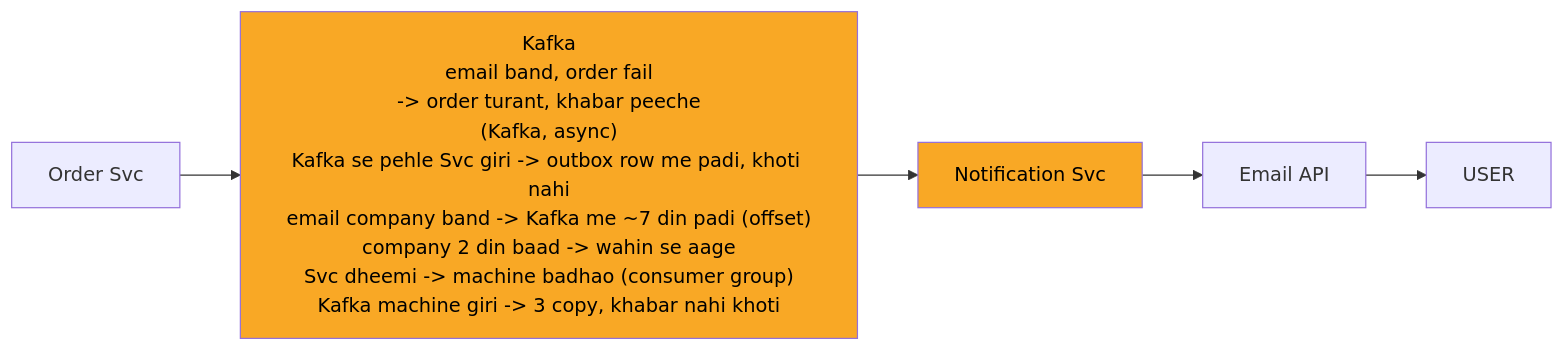
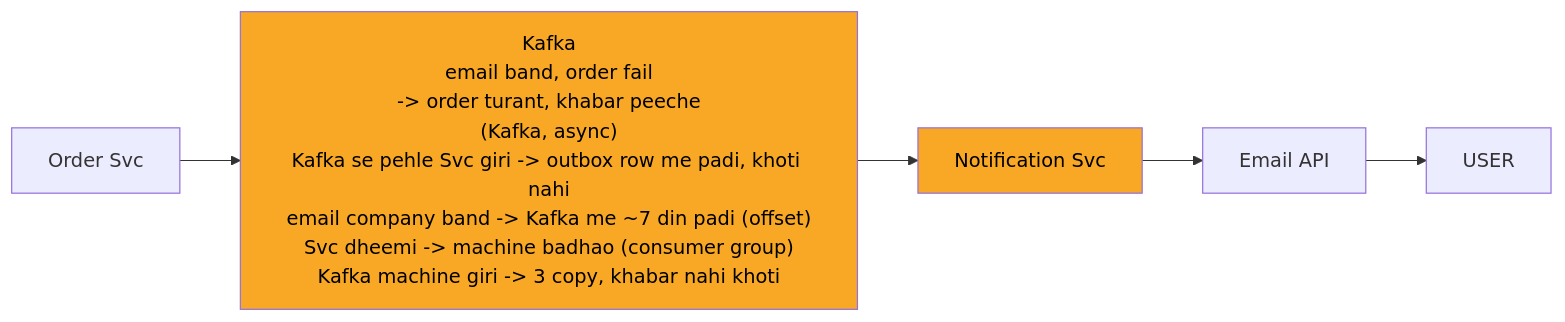
One commit to ArpanMaheshwari144/Prep changed the second of 13 diagrams in 04_HLD/SYSTEM_DESIGNS/04_notification_system/04_notification_system.md. Above: the diagram before and after it, drawn with Mermaid. The commit also changed other lines of this file and 13 other files, not shown here.

````diff
--- a/04_HLD/SYSTEM_DESIGNS/04_notification_system/04_notification_system.md
+++ b/04_HLD/SYSTEM_DESIGNS/04_notification_system/04_notification_system.md
@@ -104,15 +104,15 @@
 ```mermaid
 %%{init: {"flowchart": {"wrappingWidth": 450}}}%%
 flowchart LR
     n_Order_Svc["Order Svc"]
-    n_Kafka["Kafka<br/>email band, order fail<br/>-> order turant, khabar peeche<br/>(Kafka, async)<br/>Kafka se pehle Svc giri -> outbox row me padi, khoti nahi<br/>email company band -> Kafka me ~7 din padi (offset)<br/>company 2 din baad -> wahin se aage<br/>Svc dheemi -> machine badhao (consumer group)<br/>Kafka machine giri -> 3 copy, khabar nahi khoti"]
+    n_Kafka["Kafka<br/>email band, order fail<br/>-> order turant, khabar peeche<br/>(Kafka, async)<br/>Kafka se pehle Svc giri -> outbox row me padi, khoti nahi<br/>email company band -> Kafka me ~7 din padi (offset)<br/>Svc dheemi -> machine badhao (consumer group)<br/>Kafka machine giri -> 3 copy, khabar nahi khoti"]
     n_Notification_Svc["Notification Svc"]
     n_Email_API["Email API"]
     n_USER["USER"]
     n_Order_Svc --> n_Kafka
     n_Kafka --> n_Notification_Svc
     n_Notification_Svc --> n_Email_API
     n_Email_API --> n_USER
     style n_Kafka fill:#f9a825,color:#000
     style n_Notification_Svc fill:#f9a825,color:#000
 ```
````
